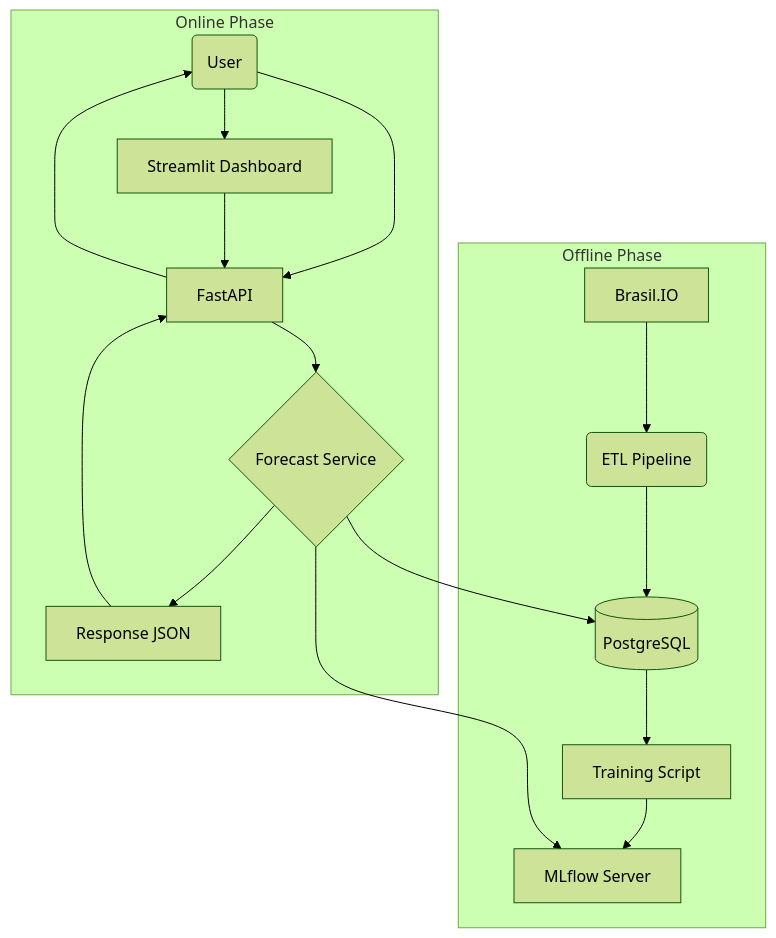
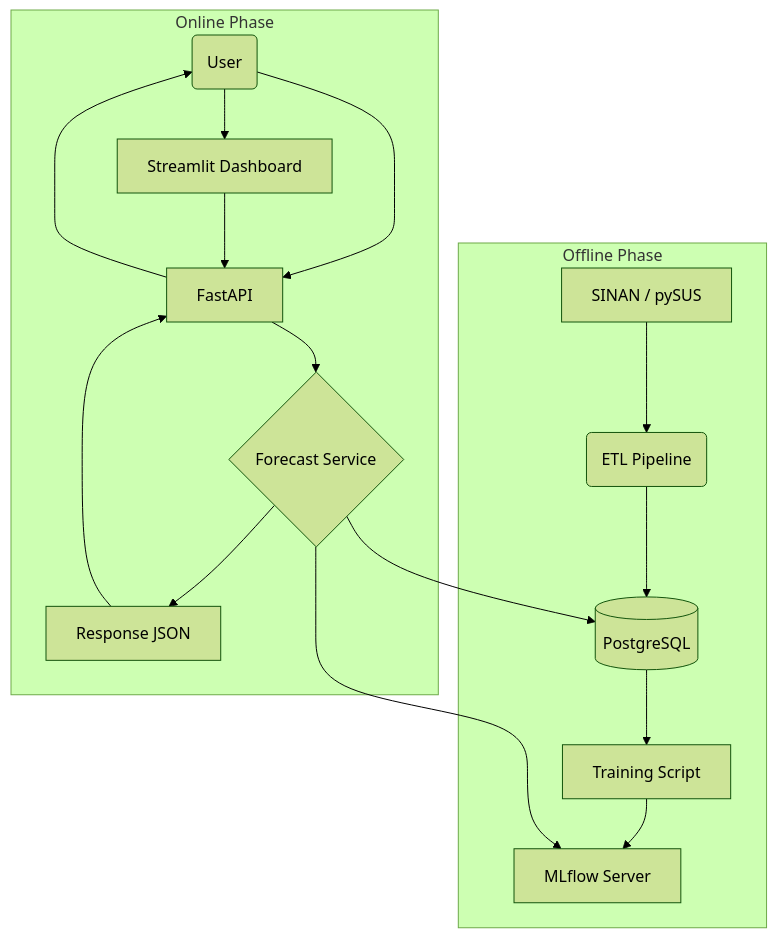
Before and after one commit to isrreal/COVID-19-Forecasting-System: the first of 2 diagrams in README.md, drawn with Mermaid (forest theme). The commit also changed other lines of this file, not shown here.

Commit message:
docs(readme): rewrite README for dengue forecasting with pySUS/SINAN

````diff
--- a/README.md
+++ b/README.md
@@ -49,20 +49,20 @@
 ```mermaid
 flowchart TD
     subgraph "Offline Phase"
-        A[Brasil.IO] --> B(ETL Pipeline)
+        A[SINAN / pySUS] --> B(ETL Pipeline)
         B --> C[(PostgreSQL)]
         C --> D[Training Script]
         D --> E[MLflow Server]
     end
 
     subgraph "Online Phase"
         F(User) --> G[Streamlit Dashboard]
         F --> H[FastAPI]
         G --> H
         H --> I{Forecast Service}
         I --> E
         I --> C
         I --> J[Response JSON]
         J --> H --> F
     end
 ```
````
